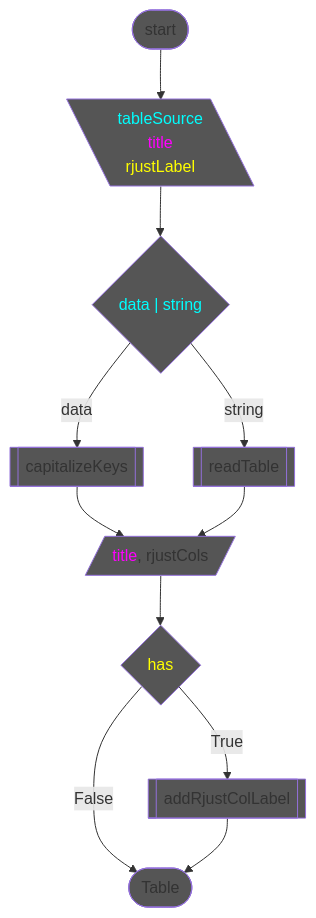
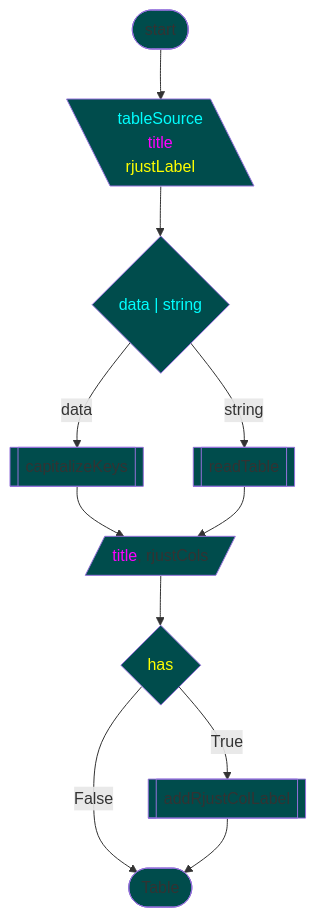
One commit to 7s4e/p3 changed the second of 20 diagrams in scripts/table/design.md. Above: the diagram before and after it, drawn with Mermaid. The commit also changed other lines of this file, not shown here.

````diff
--- a/scripts/table/design.md
+++ b/scripts/table/design.md
@@ -54,34 +54,25 @@
 ```mermaid
-flowchart TB
-    classDef fill fill:#555
-    STR([start])
-        STR:::fill
+flowchart
+    classDef fill fill:#004c4c
+    STR([start]):::fill
         STR --> SRC
     SRC[\"<span style='color:cyan;'>tableSource</span>
           <span style='color:magenta;'>title</span>
-          <span style='color:yellow;'>rjustLabel</span>"\]
-        SRC:::fill
+          <span style='color:yellow;'>rjustLabel</span>"\]:::fill
         SRC --> DOS
-    DOS{"<span style='color:cyan;'>data | string</span>"}
-        DOS:::fill
+    DOS{"<span style='color:cyan;'>data | string</span>"}:::fill
         DOS -- data  --> CAP
         DOS -- string --> RDT
-    CAP[[capitalizeKeys]]
-        CAP:::fill
+    CAP[[capitalizeKeys]]:::fill
         CAP --> SET
-    RDT[[readTable]]
-        RDT:::fill
+    RDT[[readTable]]:::fill
         RDT --> SET
-    SET[/"<span style='color:magenta;'>title</span>, rjustCols"/]
-        SET:::fill
+    SET[/"<span style='color:magenta;'>title</span>, rjustCols"/]:::fill
         SET --> HCL
-    HCL{"<span style='color:yellow;'>has</span>"}
-        HCL:::fill
+    HCL{"<span style='color:yellow;'>has</span>"}:::fill
         HCL -- True  --> ACL
         HCL -- False --> END
-    ACL[[addRjustColLabel]]
-        ACL:::fill
+    ACL[[addRjustColLabel]]:::fill
         ACL --> END
-    END([Table])
-        END:::fill
+    END([Table]):::fill
 ```
````
